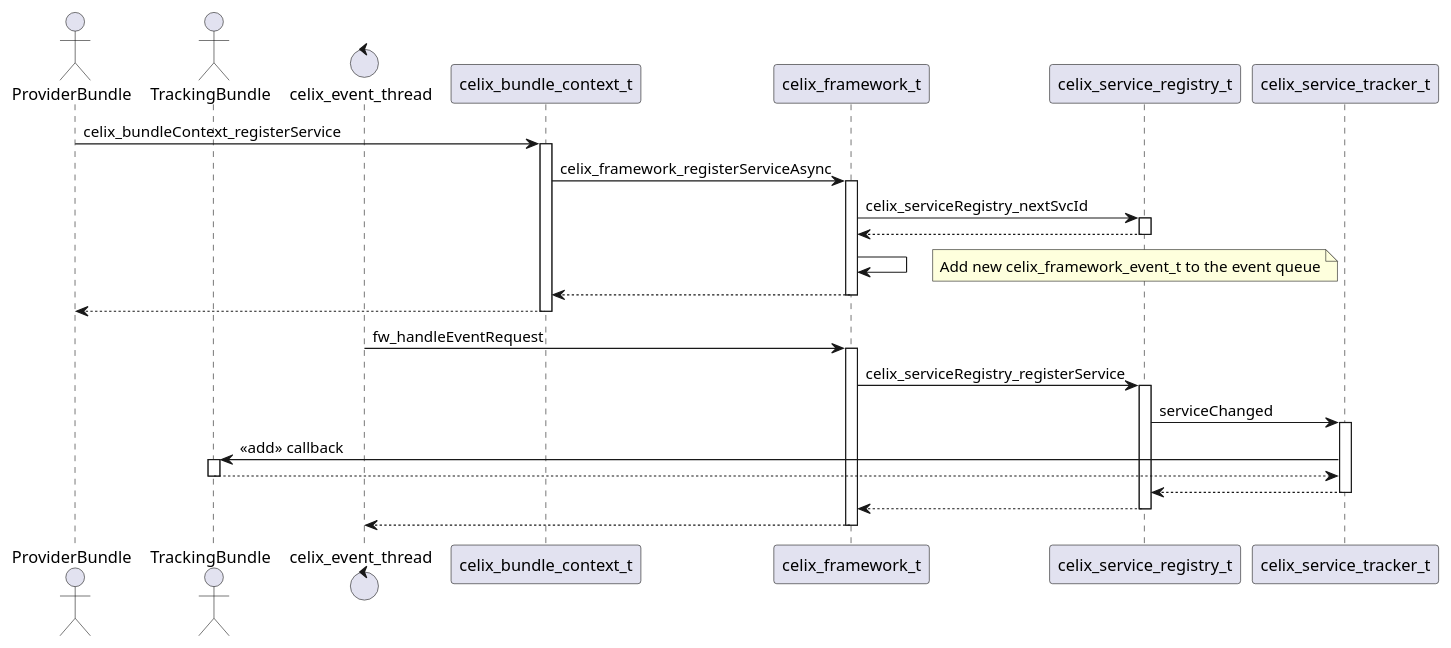
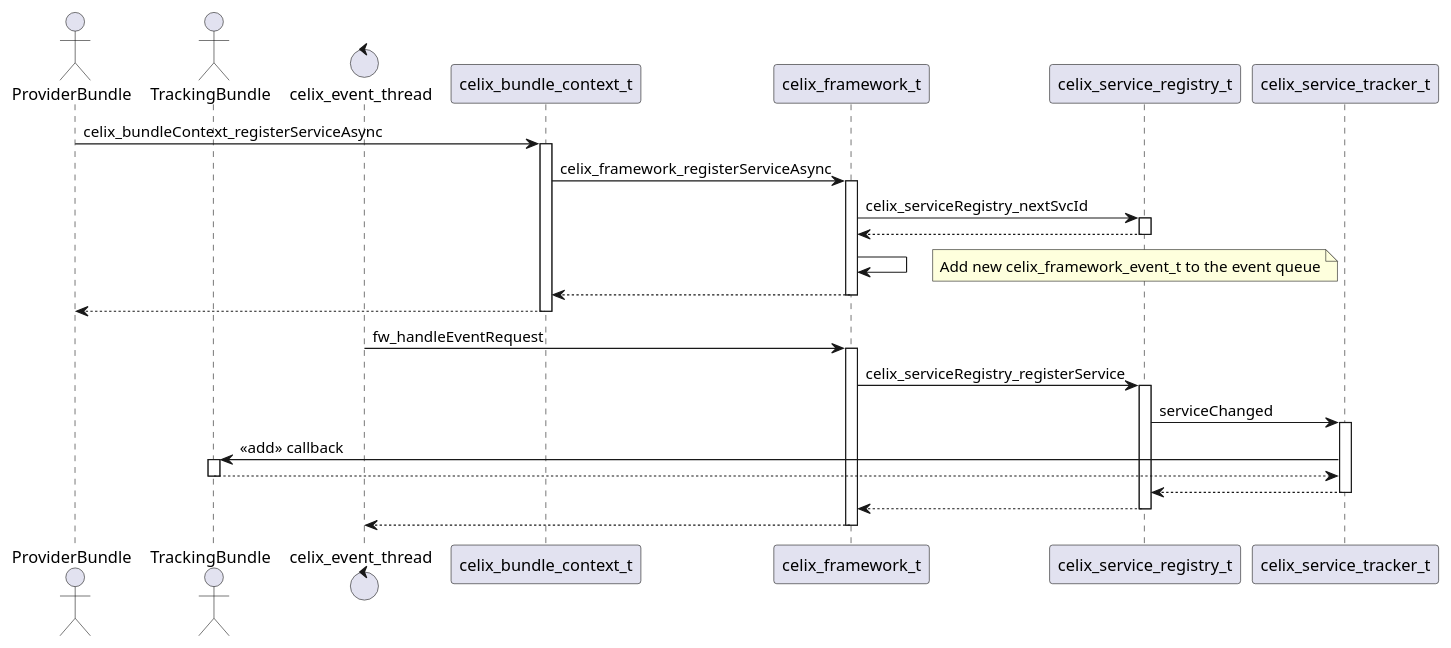
The diagram in documents/diagrams/services_tracker_services_add_async_seq.puml (apache/celix), drawn with PlantUML before and after one commit. The commit also changed 9 other files, not shown here.

```diff
--- a/documents/diagrams/services_tracker_services_add_async_seq.puml
+++ b/documents/diagrams/services_tracker_services_add_async_seq.puml
@@ -16,24 +16,24 @@
 @startuml
 actor ProviderBundle
 actor TrackingBundle
 control celix_event_thread
 
-ProviderBundle -> celix_bundle_context_t ++: celix_bundleContext_registerService
+ProviderBundle -> celix_bundle_context_t ++: celix_bundleContext_registerServiceAsync
 celix_bundle_context_t -> celix_framework_t ++: celix_framework_registerServiceAsync
 celix_framework_t -> celix_service_registry_t ++: celix_serviceRegistry_nextSvcId
 return
 celix_framework_t -> celix_framework_t
 note right: Add new celix_framework_event_t to the event queue
 return
 return
 
 celix_event_thread -> celix_framework_t ++ : fw_handleEventRequest
 celix_framework_t -> celix_service_registry_t ++ : celix_serviceRegistry_registerService
 celix_service_registry_t -> celix_service_tracker_t ++ : serviceChanged
 celix_service_tracker_t -> TrackingBundle ++ : <<add>> callback
 return
 return
 return
 return
 
 @enduml
```
